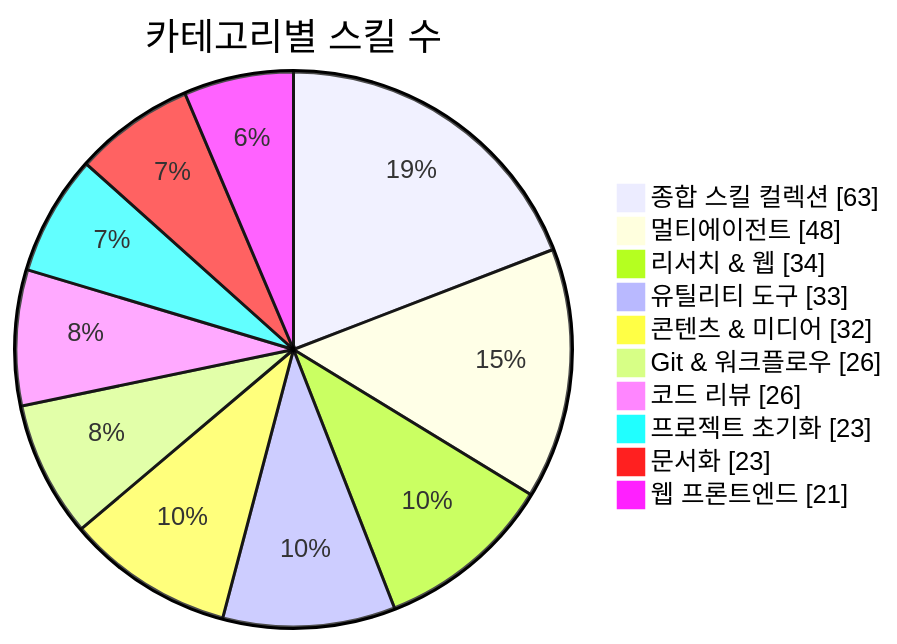
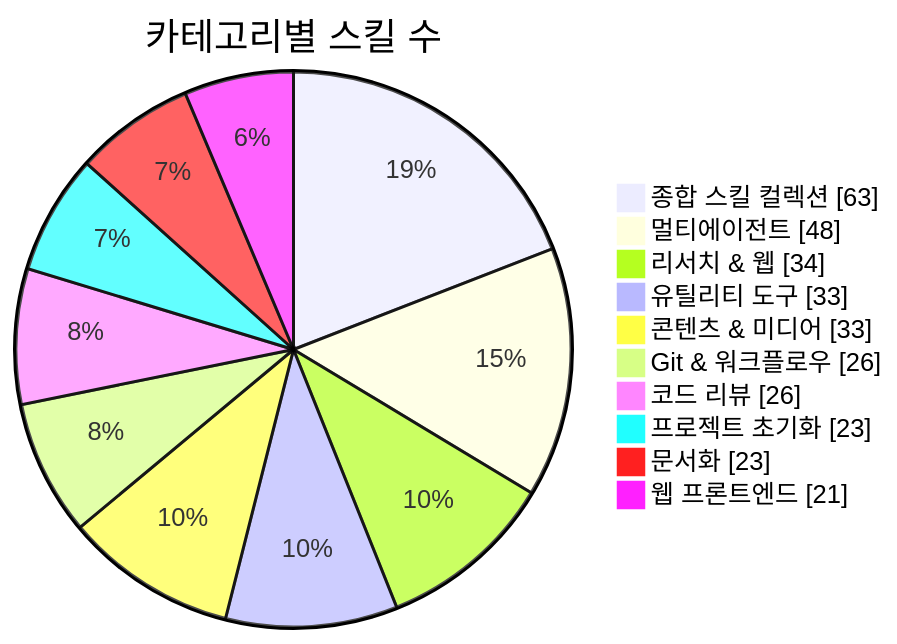
Before and after one commit to J-nowcow/awesome-korean-agent-skills: the first of 3 diagrams in README.md, drawn with Mermaid. The commit also changed other lines of this file and 27 other files, not shown here.

````diff
--- a/README.md
+++ b/README.md
@@ -176,14 +176,14 @@
 ```mermaid
 pie showData
     title 카테고리별 스킬 수
     "종합 스킬 컬렉션" : 63
     "멀티에이전트" : 48
     "리서치 & 웹" : 34
     "유틸리티 도구" : 33
-    "콘텐츠 & 미디어" : 32
+    "콘텐츠 & 미디어" : 33
     "Git & 워크플로우" : 26
     "코드 리뷰" : 26
     "프로젝트 초기화" : 23
     "문서화" : 23
     "웹 프론트엔드" : 21
 ```
````
